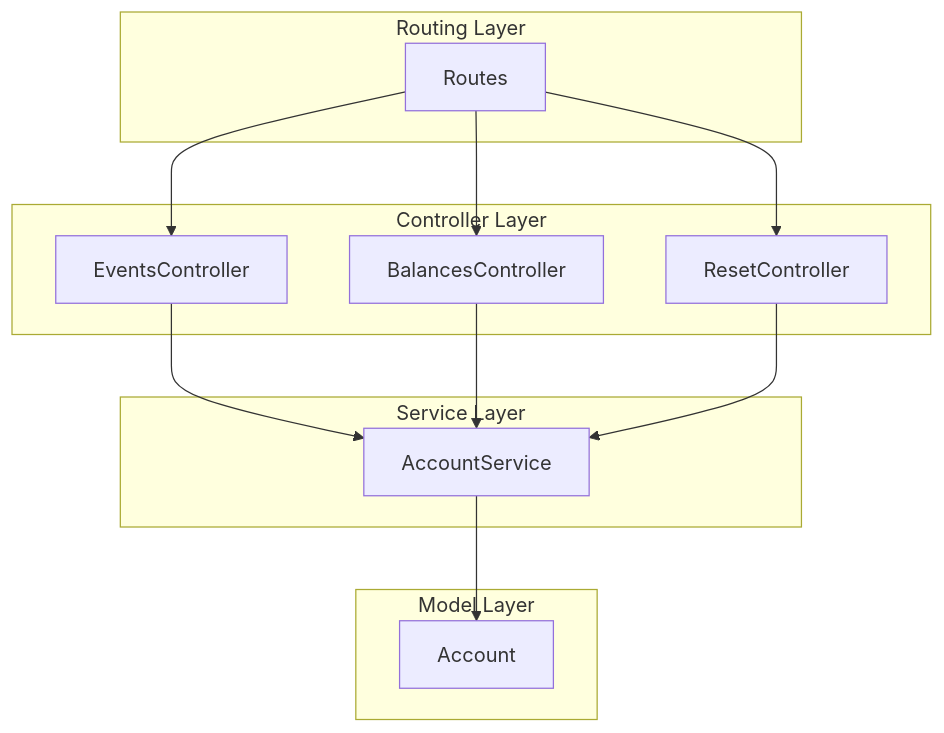
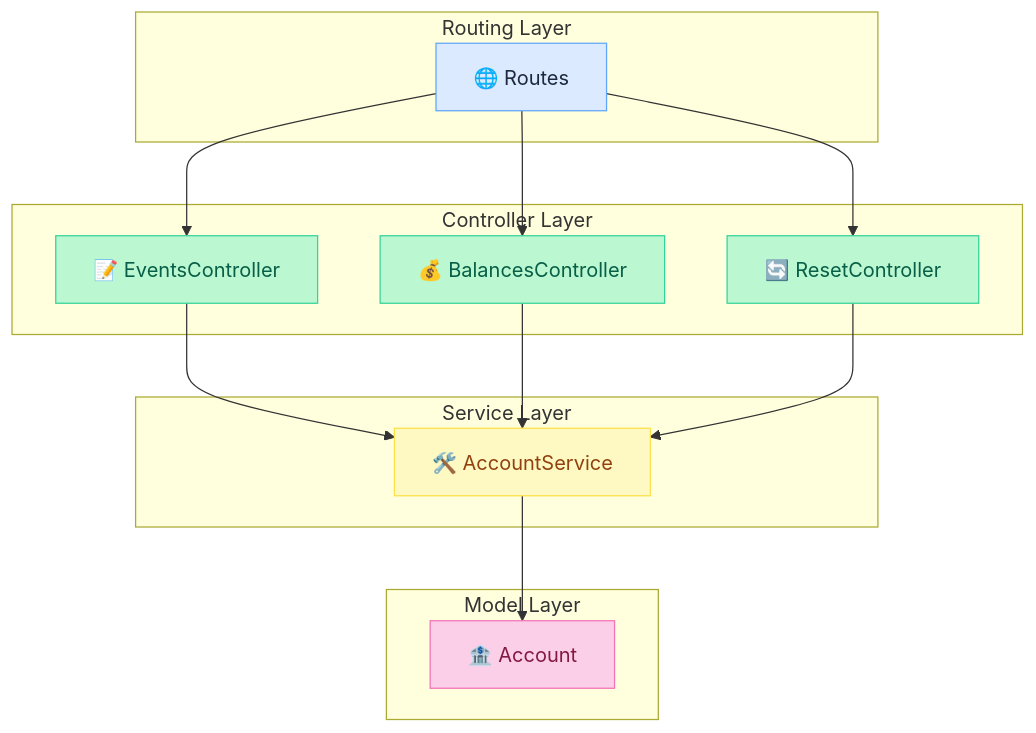
Before and after one commit to enogrob/rails_ebank_api: the first of 4 diagrams in README.md, drawn with Mermaid. The commit also changed other lines of this file, not shown here.

````diff
--- a/README.md
+++ b/README.md
@@ -34,24 +34,34 @@
 ```mermaid
 graph TD
-    subgraph "Routing Layer"
-        Routes[Routes]
-    end
-    subgraph "Controller Layer"
-        EventsController[EventsController]
-        BalancesController[BalancesController]
-        ResetController[ResetController]
-    end
-    subgraph "Service Layer"
-        AccountService[AccountService]
-    end
-    subgraph "Model Layer"
-        Account[Account]
-    end
-    Routes --> EventsController
-    Routes --> BalancesController
-    Routes --> ResetController
-    EventsController --> AccountService
-    BalancesController --> AccountService
-    ResetController --> AccountService
-    AccountService --> Account
+  classDef pastelBlue fill:#dbeafe,stroke:#60a5fa,color:#1e293b;
+  classDef pastelGreen fill:#bbf7d0,stroke:#34d399,color:#065f46;
+  classDef pastelYellow fill:#fef9c3,stroke:#fde047,color:#92400e;
+  classDef pastelPink fill:#fbcfe8,stroke:#f472b6,color:#831843;
+
+  subgraph "Routing Layer"
+    Routes[🌐 Routes]
+  end
+  subgraph "Controller Layer"
+    EventsController[📝 EventsController]
+    BalancesController[💰 BalancesController]
+    ResetController[🔄 ResetController]
+  end
+  subgraph "Service Layer"
+    AccountService[🛠️ AccountService]
+  end
+  subgraph "Model Layer"
+    Account[🏦 Account]
+  end
+  Routes --> EventsController
+  Routes --> BalancesController
+  Routes --> ResetController
+  EventsController --> AccountService
+  BalancesController --> AccountService
+  ResetController --> AccountService
+  AccountService --> Account
+
+  class Routes pastelBlue;
+  class EventsController,BalancesController,ResetController pastelGreen;
+  class AccountService pastelYellow;
+  class Account pastelPink;
 ```
````
